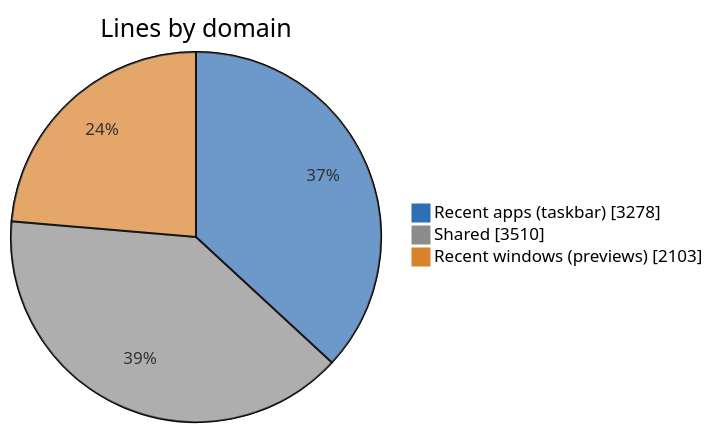
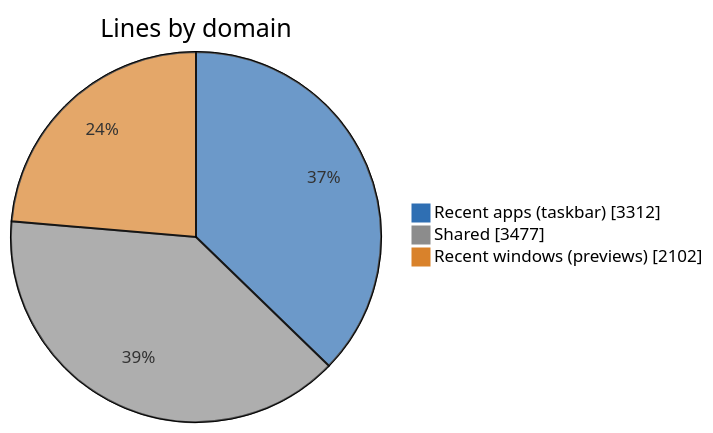
One commit to jvlasek/taskbar-recent-focus-highlight changed the first of 5 diagrams in doc/code/code-breakdown.md. Above: the diagram before and after it, drawn with Mermaid. The commit also changed other lines of this file and 41 other files, not shown here.

````diff
--- a/doc/code/code-breakdown.md
+++ b/doc/code/code-breakdown.md
@@ -15,7 +15,7 @@
 ```mermaid
 %%{init: {"themeVariables": {"pie1": "#2F6FB3", "pie2": "#8C8C8C", "pie3": "#D9822B", "pieOuterStrokeWidth": "1px"}}}%%
 pie showData title Lines by domain
-    "Recent apps (taskbar)" : 3278
-    "Shared" : 3510
-    "Recent windows (previews)" : 2103
+    "Recent apps (taskbar)" : 3312
+    "Shared" : 3477
+    "Recent windows (previews)" : 2102
 ```
````
